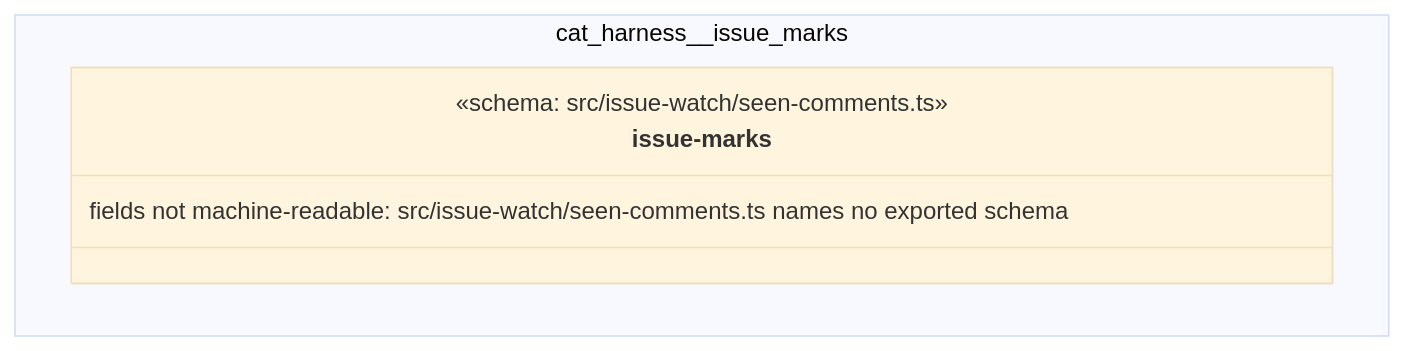
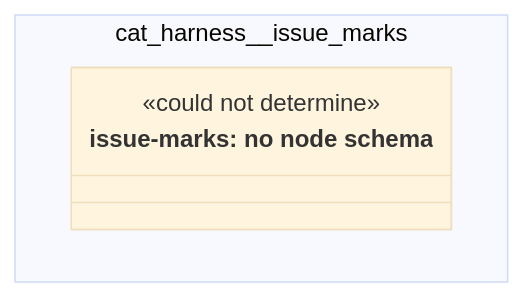
One commit to litlfred/folio-assistant changed the diagram in cat-harness/docs/uml/overview/cat-harness/issue-marks.md. Above: the diagram before and after it, drawn with Mermaid (base theme). The commit also changed other lines of this file and 23 other files, not shown here.

First line of the commit message:
Six gate failures from the new schema module, all consequences rather than surprises

````diff
--- a/cat-harness/docs/uml/overview/cat-harness/issue-marks.md
+++ b/cat-harness/docs/uml/overview/cat-harness/issue-marks.md
@@ -41,11 +41,11 @@
 ```mermaid
 classDiagram
   direction TB
   namespace cat_harness__issue_marks {
-    class cat_harness_issue_marks_issue_marks_shape["issue-marks"] {
-      <<schema: src/issue-watch/seen-comments.ts>>
-      fields not machine-readable: src/issue-watch/seen-comments.ts names no exported schema
+    class n_cat_harness_issue_marks_issue_marks["issue-marks: no node schema"] {
+      <<could not determine>>
     }
   }
-  cssClass "cat_harness_issue_marks_issue_marks_shape" fa_uml_kind_issue_marks
+  cssClass "n_cat_harness_issue_marks_issue_marks" fa_uml_kind_issue_marks
+  cssClass "n_cat_harness_issue_marks_issue_marks" fa_uml_undetermined
 ```
````
